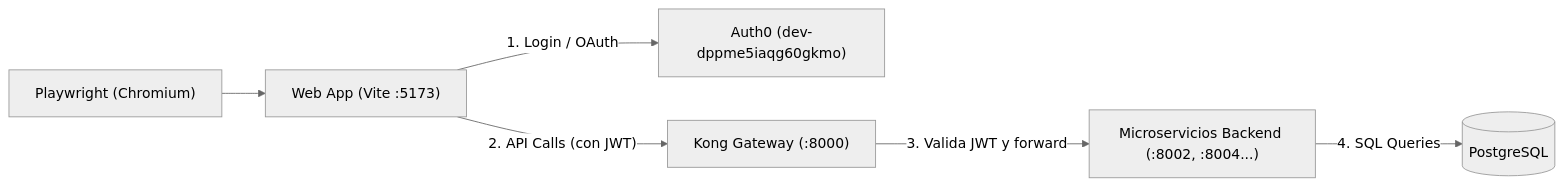
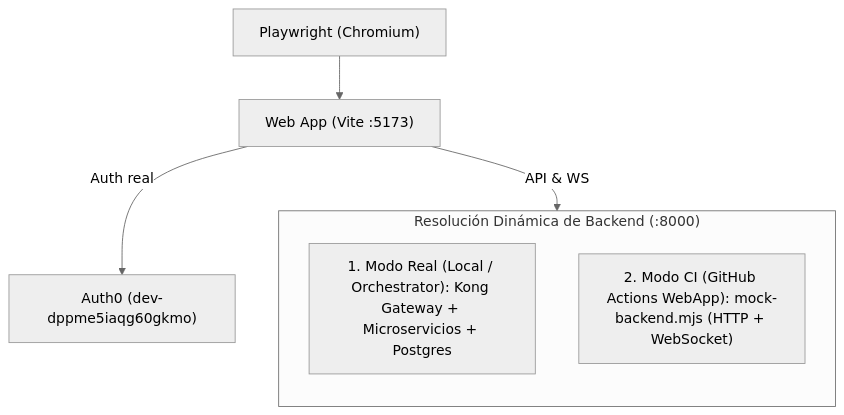
One commit to discordia-g12/Discordia-WebApp changed the diagram in e2e.md. Above: the diagram before and after it, drawn with Mermaid (neutral theme). The commit also changed other lines of this file, not shown here.

Commit message:
docs(e2e): document dual architecture engine and multi-repo strategy

````diff
--- a/e2e.md
+++ b/e2e.md
@@ -13,8 +13,13 @@
 ```mermaid
-flowchart LR
+flowchart TD
     Browser["Playwright (Chromium)"] --> Frontend["Web App (Vite :5173)"]
-    Frontend -- "1. Login / OAuth" --> Auth0["Auth0 (dev-dppme5iaqg60gkmo)"]
-    Frontend -- "2. API Calls (con JWT)" --> Gateway["Kong Gateway (:8000)"]
-    Gateway -- "3. Valida JWT y forward" --> Services["Microservicios Backend (:8002, :8004...)"]
-    Services -- "4. SQL Queries" --> Postgres[("PostgreSQL")]
+    Frontend -- "Auth real" --> Auth0["Auth0 (dev-dppme5iaqg60gkmo)"]
+
+    subgraph DualBackend["Resolución Dinámica de Backend (:8000)"]
+        direction TB
+        Kong["1. Modo Real (Local / Orchestrator): Kong Gateway + Microservicios + Postgres"]
+        Mock["2. Modo CI (GitHub Actions WebApp): mock-backend.mjs (HTTP + WebSocket)"]
+    end
+
+    Frontend -- "API & WS" --> DualBackend
 ```
````
